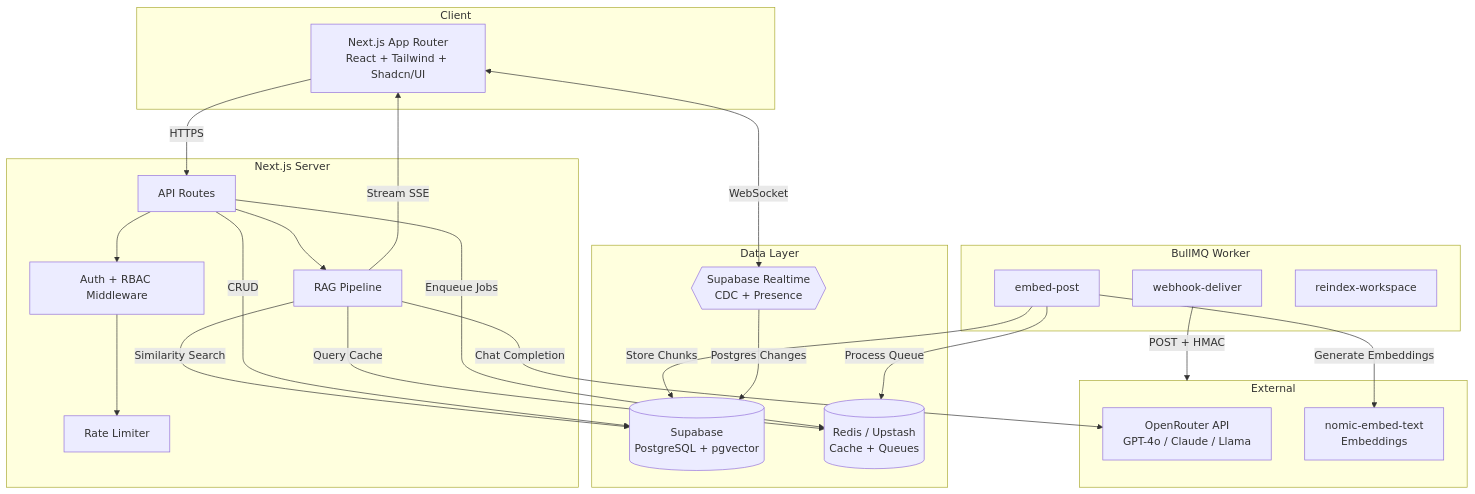
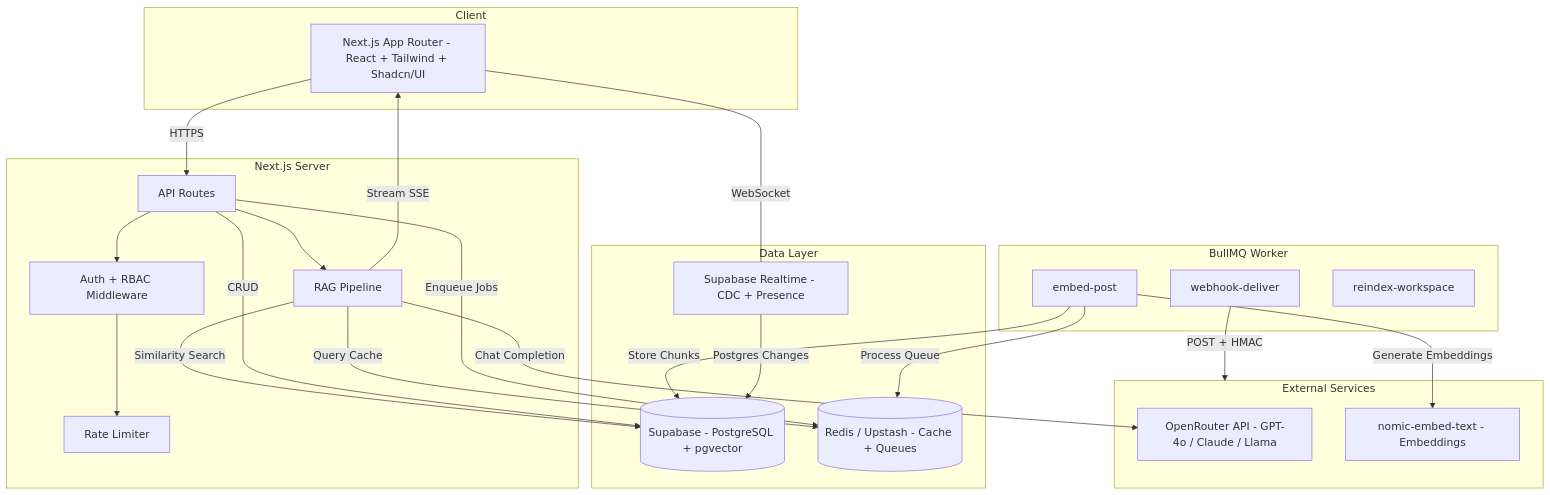
One commit to Singhharsh75/Nexus changed the diagram in README.md. Above: the diagram before and after it, drawn with Mermaid.

Commit message:
mermaid arch diag fix

````diff
--- a/README.md
+++ b/README.md
@@ -43,46 +43,46 @@
 ```mermaid
 graph TB
     subgraph Client
-        UI["Next.js App Router<br/>React + Tailwind + Shadcn/UI"]
+        UI[Next.js App Router - React + Tailwind + Shadcn/UI]
     end
 
-    subgraph Server["Next.js Server"]
+    subgraph Server[Next.js Server]
         API[API Routes]
         MW[Auth + RBAC Middleware]
         RL[Rate Limiter]
         RAG[RAG Pipeline]
     end
 
-    subgraph Worker["BullMQ Worker"]
+    subgraph BackgroundWorker[BullMQ Worker]
         EMB[embed-post]
         WH[webhook-deliver]
         RE[reindex-workspace]
     end
 
-    subgraph Data["Data Layer"]
-        SB[(Supabase<br/>PostgreSQL + pgvector)]
-        RD[(Redis / Upstash<br/>Cache + Queues)]
-        RT{{"Supabase Realtime<br/>CDC + Presence"}}
+    subgraph Data[Data Layer]
+        SB[(Supabase - PostgreSQL + pgvector)]
+        RD[(Redis / Upstash - Cache + Queues)]
+        RT[Supabase Realtime - CDC + Presence]
     end
 
-    subgraph External
-        OR[OpenRouter API<br/>GPT-4o / Claude / Llama]
-        NE[nomic-embed-text<br/>Embeddings]
+    subgraph Ext[External Services]
+        OR[OpenRouter API - GPT-4o / Claude / Llama]
+        NE[nomic-embed-text - Embeddings]
     end
 
     UI -->|HTTPS| API
-    UI <-->|WebSocket| RT
+    UI ---|WebSocket| RT
     API --> MW --> RL
     API --> RAG
     RAG -->|Similarity Search| SB
     RAG -->|Query Cache| RD
     RAG -->|Stream SSE| UI
     RAG -->|Chat Completion| OR
     API -->|Enqueue Jobs| RD
     EMB -->|Process Queue| RD
     EMB -->|Generate Embeddings| NE
     EMB -->|Store Chunks| SB
-    WH -->|POST + HMAC| External
+    WH -->|POST + HMAC| Ext
     RT -->|Postgres Changes| SB
     API -->|CRUD| SB
 ```
````
